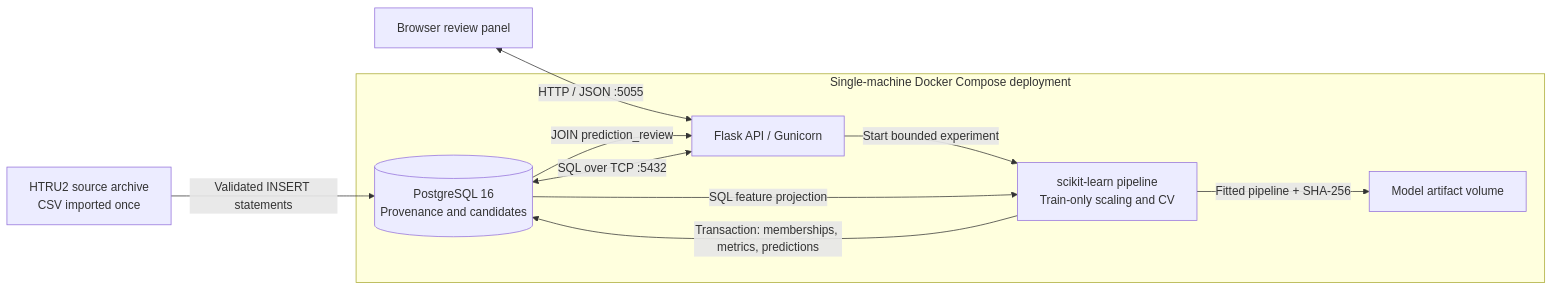
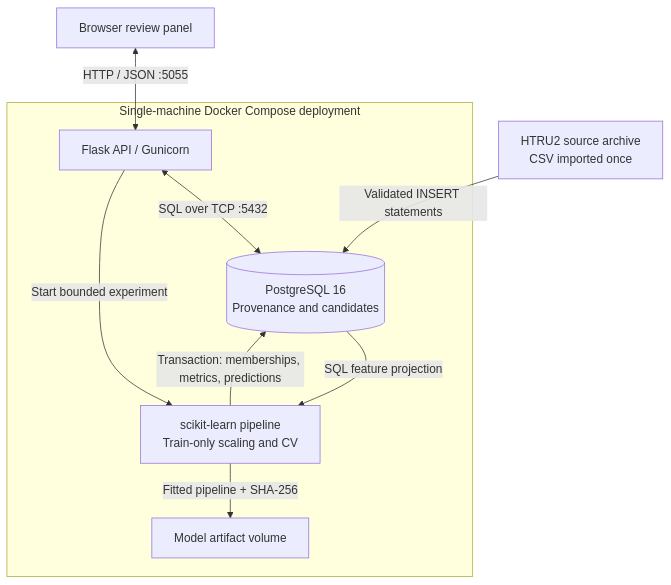
One commit to 230408011-debug/applyassigment changed the diagram in docs/architecture.mmd. Above: the diagram before and after it, drawn with Mermaid. The commit also changed 19 other files, not shown here.

Commit message:
Prepare measured technical report article draft defence guide and rendered diagrams

```diff
--- a/docs/architecture.mmd
+++ b/docs/architecture.mmd
@@ -1,15 +1,14 @@
-flowchart LR
+flowchart TB
     S[HTRU2 source archive\nCSV imported once] -->|Validated INSERT statements| DB[(PostgreSQL 16\nProvenance and candidates)]
     U[Browser review panel] <-->|HTTP / JSON :5055| A[Flask API / Gunicorn]
     A <-->|SQL over TCP :5432| DB
     A -->|Start bounded experiment| M[scikit-learn pipeline\nTrain-only scaling and CV]
     DB -->|SQL feature projection| M
     M -->|Transaction: memberships, metrics, predictions| DB
     M -->|Fitted pipeline + SHA-256| V[Model artifact volume]
-    DB -->|JOIN prediction_review| A
     subgraph One_machine[Single-machine Docker Compose deployment]
       A
       DB
       M
       V
     end
```
